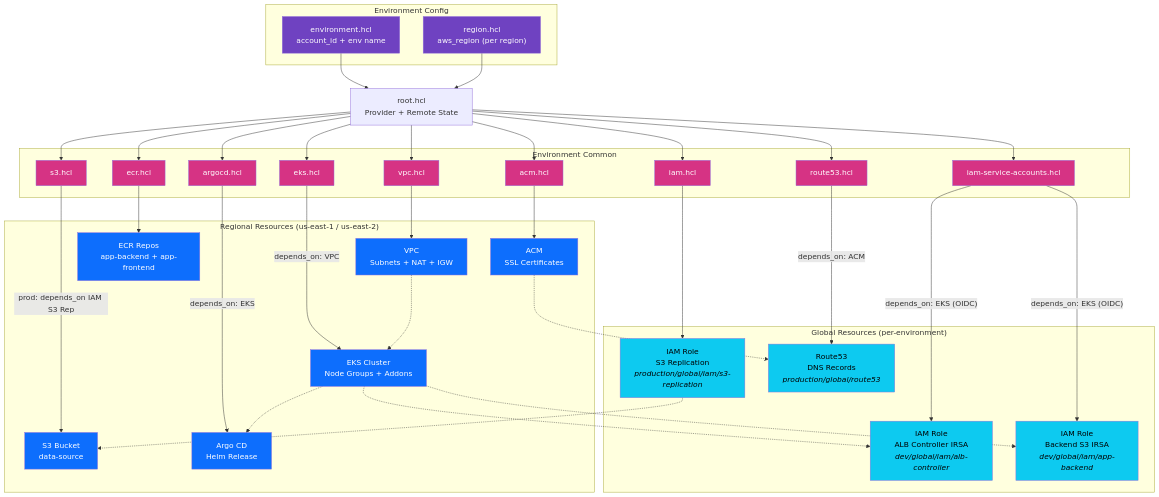
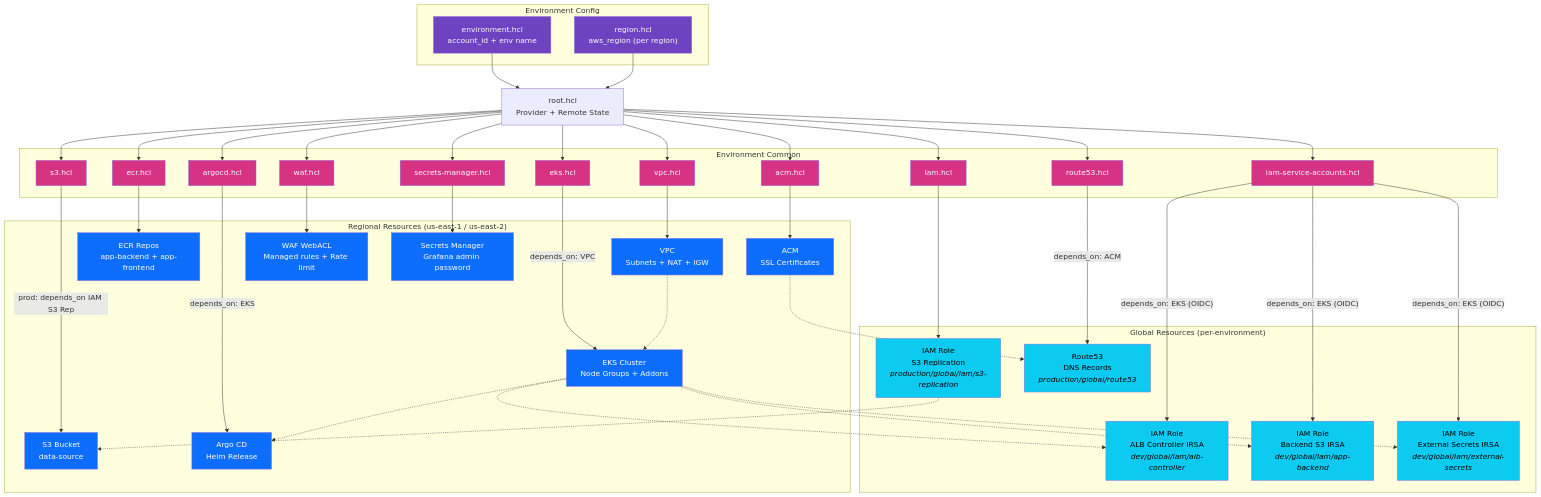
Before and after one commit to RaymonSun1230/my-devops-project: the second of 7 diagrams in docs/diagrams.md, drawn with Mermaid. The commit also changed other lines of this file and 3 other files, not shown here.

Commit message:
feat: update readme for new features(istio, prometheus, grafana, waf)

````diff
--- a/docs/diagrams.md
+++ b/docs/diagrams.md
@@ -143,6 +174,8 @@
         IAM_HCL["iam.hcl"]
         IAM_SA_HCL["iam-service-accounts.hcl"]
         S3_HCL["s3.hcl"]
+        WAF_HCL["waf.hcl"]
+        SM_HCL["secrets-manager.hcl"]
         ACM_HCL["acm.hcl"]
         R53_HCL["route53.hcl"]
         ARGOCD_HCL["argocd.hcl"]
@@ -156,6 +189,7 @@
     subgraph "Global Resources (per-environment)"
         IAM_ALB["IAM Role<br/>ALB Controller IRSA<br/><i>dev/global/iam/alb-controller</i>"]
         IAM_BE["IAM Role<br/>Backend S3 IRSA<br/><i>dev/global/iam/app-backend</i>"]
+        IAM_ES["IAM Role<br/>External Secrets IRSA<br/><i>dev/global/iam/external-secrets</i>"]
         IAM_S3REP["IAM Role<br/>S3 Replication<br/><i>production/global/iam/s3-replication</i>"]
         R53_RES["Route53<br/>DNS Records<br/><i>production/global/route53</i>"]
     end
@@ -166,6 +200,8 @@
         ECR_RES["ECR Repos<br/>app-backend + app-frontend"]
         ACM_RES["ACM<br/>SSL Certificates"]
         S3_RES["S3 Bucket<br/>data-source"]
+        WAF_RES["WAF WebACL<br/>Managed rules + Rate limit"]
+        SM_RES["Secrets Manager<br/>Grafana admin password"]
         ARGOCD_RES["Argo CD<br/>Helm Release"]
     end
 
@@ -178,6 +214,8 @@
     ROOT --> IAM_HCL
     ROOT --> IAM_SA_HCL
     ROOT --> S3_HCL
+    ROOT --> WAF_HCL
+    ROOT --> SM_HCL
     ROOT --> ACM_HCL
     ROOT --> R53_HCL
     ROOT --> ARGOCD_HCL
@@ -188,7 +226,10 @@
 
     IAM_SA_HCL -->|"depends_on: EKS (OIDC)"| IAM_ALB
     IAM_SA_HCL -->|"depends_on: EKS (OIDC)"| IAM_BE
+    IAM_SA_HCL -->|"depends_on: EKS (OIDC)"| IAM_ES
     IAM_HCL --> IAM_S3REP
+    WAF_HCL --> WAF_RES
+    SM_HCL --> SM_RES
     ACM_HCL --> ACM_RES
     R53_HCL -->|"depends_on: ACM"| R53_RES
     S3_HCL -->|"prod: depends_on IAM S3 Rep"| S3_RES
@@ -197,6 +238,7 @@
     VPC_RES -.-> EKS_RES
     EKS_RES -.-> IAM_ALB
     EKS_RES -.-> IAM_BE
+    EKS_RES -.-> IAM_ES
     EKS_RES -.-> ARGOCD_RES
     IAM_S3REP -.-> S3_RES
     ACM_RES -.-> R53_RES
@@ -207,7 +249,7 @@
     classDef regional fill:#0D6EFD,color:#fff
 
     class ENV,REGION input
-    class VPC_HCL,EKS_HCL,ECR_HCL,IAM_HCL,IAM_SA_HCL,S3_HCL,ACM_HCL,R53_HCL,ARGOCD_HCL common
-    class IAM_ALB,IAM_BE,IAM_S3REP,R53_RES global
-    class VPC_RES,EKS_RES,ECR_RES,ACM_RES,S3_RES,ARGOCD_RES regional
+    class VPC_HCL,EKS_HCL,ECR_HCL,IAM_HCL,IAM_SA_HCL,S3_HCL,WAF_HCL,SM_HCL,ACM_HCL,R53_HCL,ARGOCD_HCL common
+    class IAM_ALB,IAM_BE,IAM_ES,IAM_S3REP,R53_RES global
+    class VPC_RES,EKS_RES,ECR_RES,ACM_RES,S3_RES,WAF_RES,SM_RES,ARGOCD_RES regional
 ```
````
